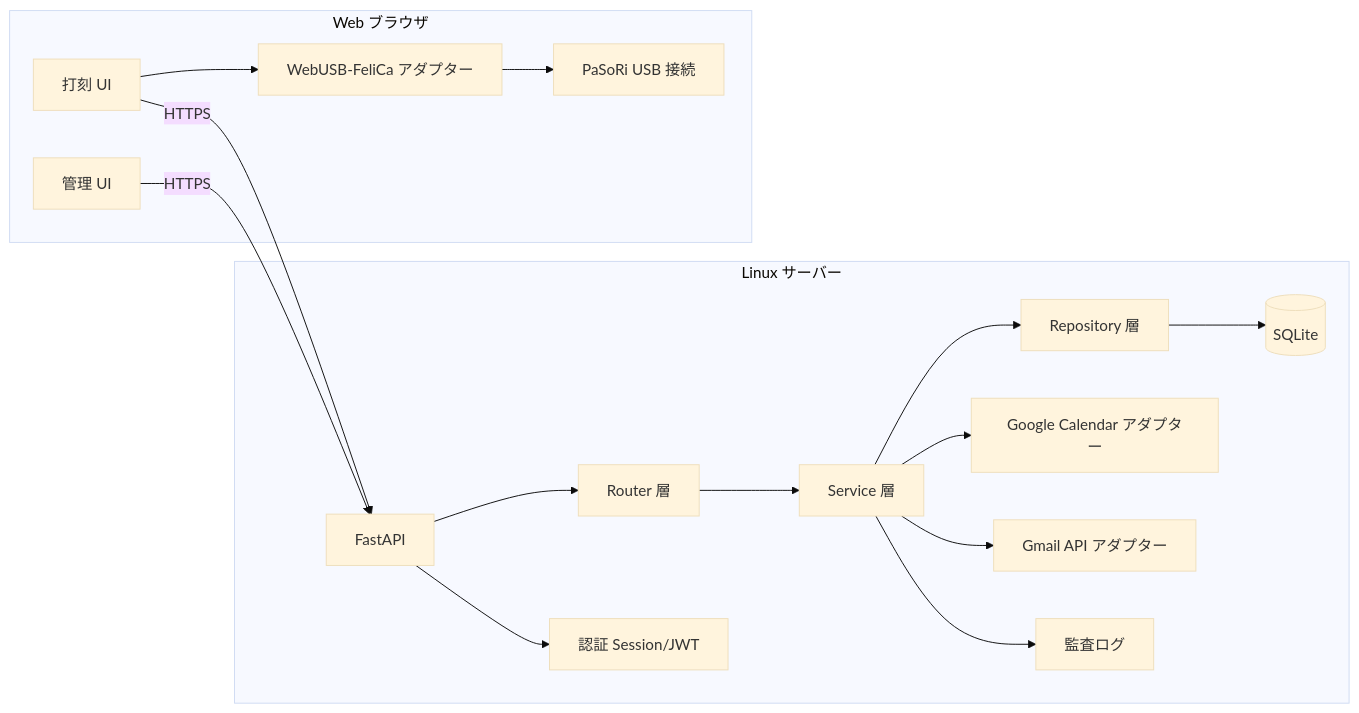
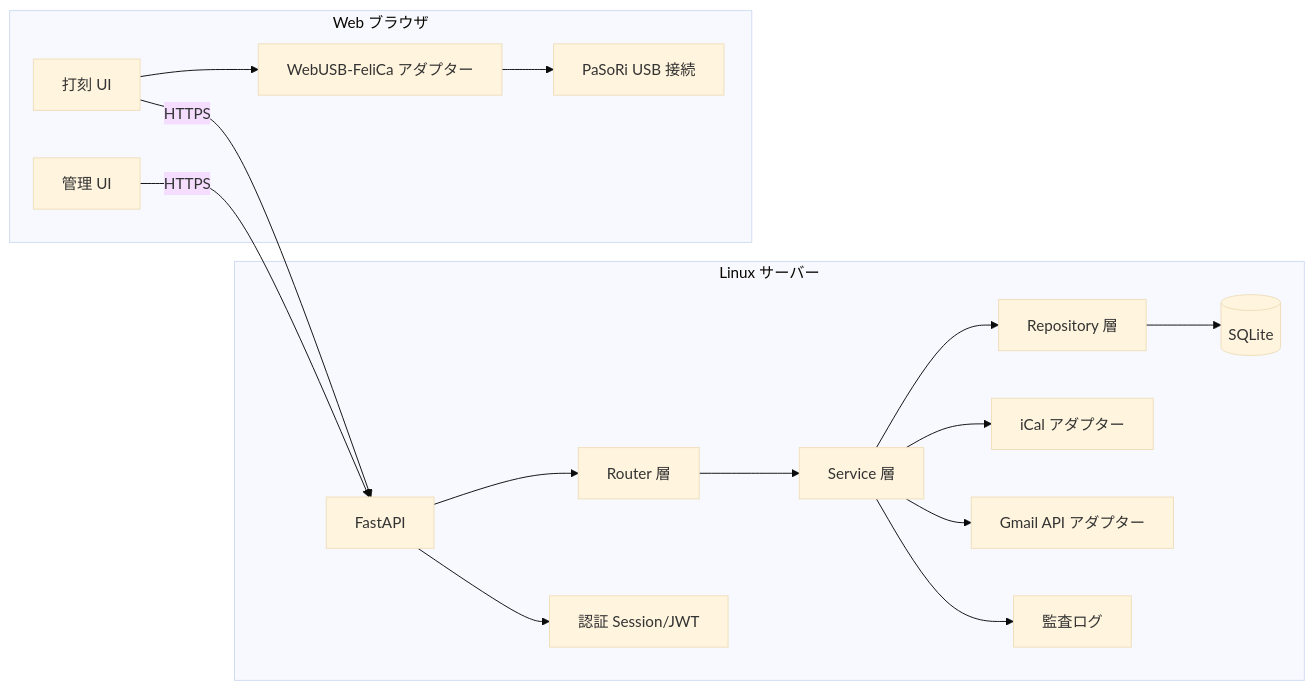
Before and after one commit to tukumanalab/kint: the first of 4 diagrams in docs/architecture.md, drawn with Mermaid (base theme). The commit also changed other lines of this file and 4 other files, not shown here.

````diff
--- a/docs/architecture.md
+++ b/docs/architecture.md
@@ -10,31 +10,31 @@
 ```mermaid
 flowchart LR
   subgraph Server[Linux サーバー]
     API[FastAPI]
     Router[Router 層]
     Service[Service 層]
     Repo[Repository 層]
     DB[(SQLite)]
-    Calendar[Google Calendar アダプター]
+    Calendar[iCal アダプター]
     Mail[Gmail API アダプター]
     Auth[認証 Session/JWT]
     Audit[監査ログ]
   end
 
   subgraph Browser[Web ブラウザ]
     PunchUI[打刻 UI]
     AdminUI[管理 UI]
     USB[WebUSB-FeliCa アダプター]
     Reader[PaSoRi USB 接続]
   end
 
   PunchUI --> USB --> Reader
   PunchUI -->|HTTPS| API
   AdminUI -->|HTTPS| API
 
   API --> Router --> Service --> Repo --> DB
   Service --> Calendar
   Service --> Mail
   API --> Auth
   Service --> Audit
 ```
````
